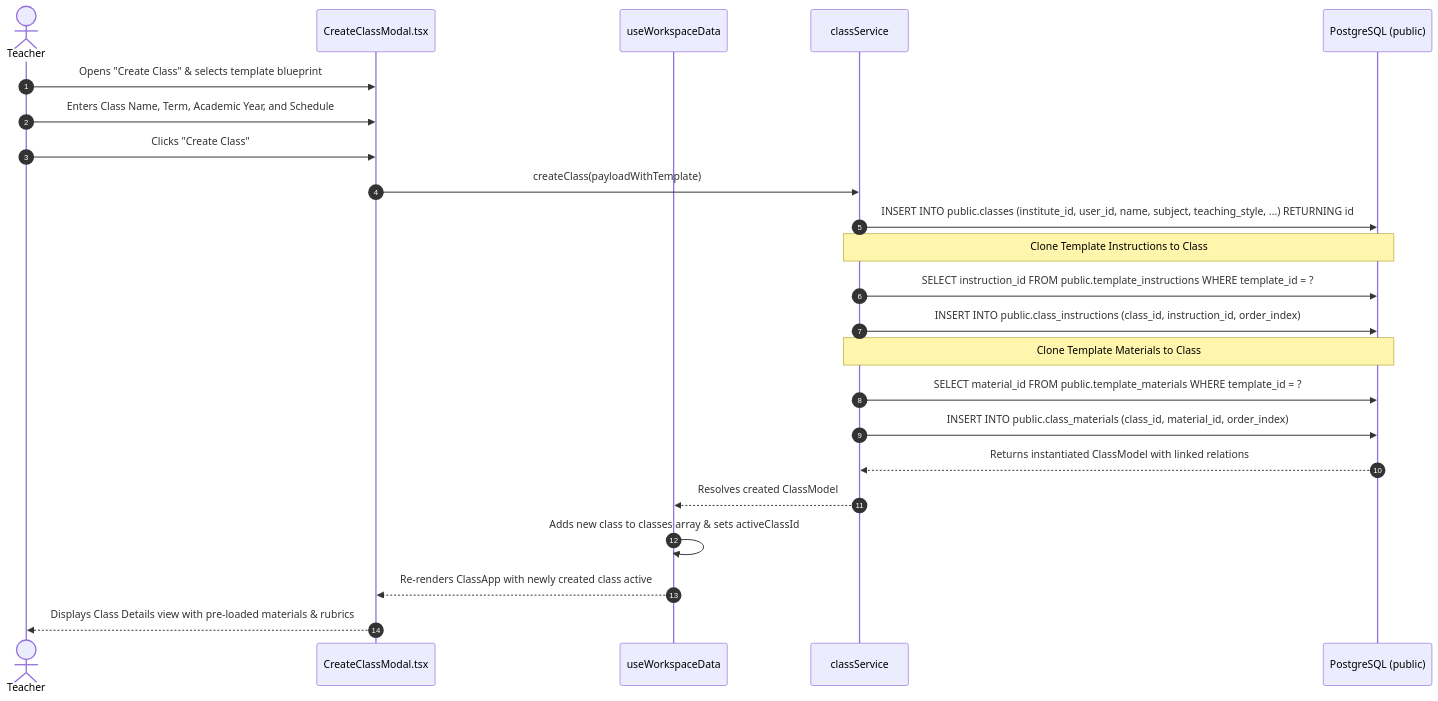
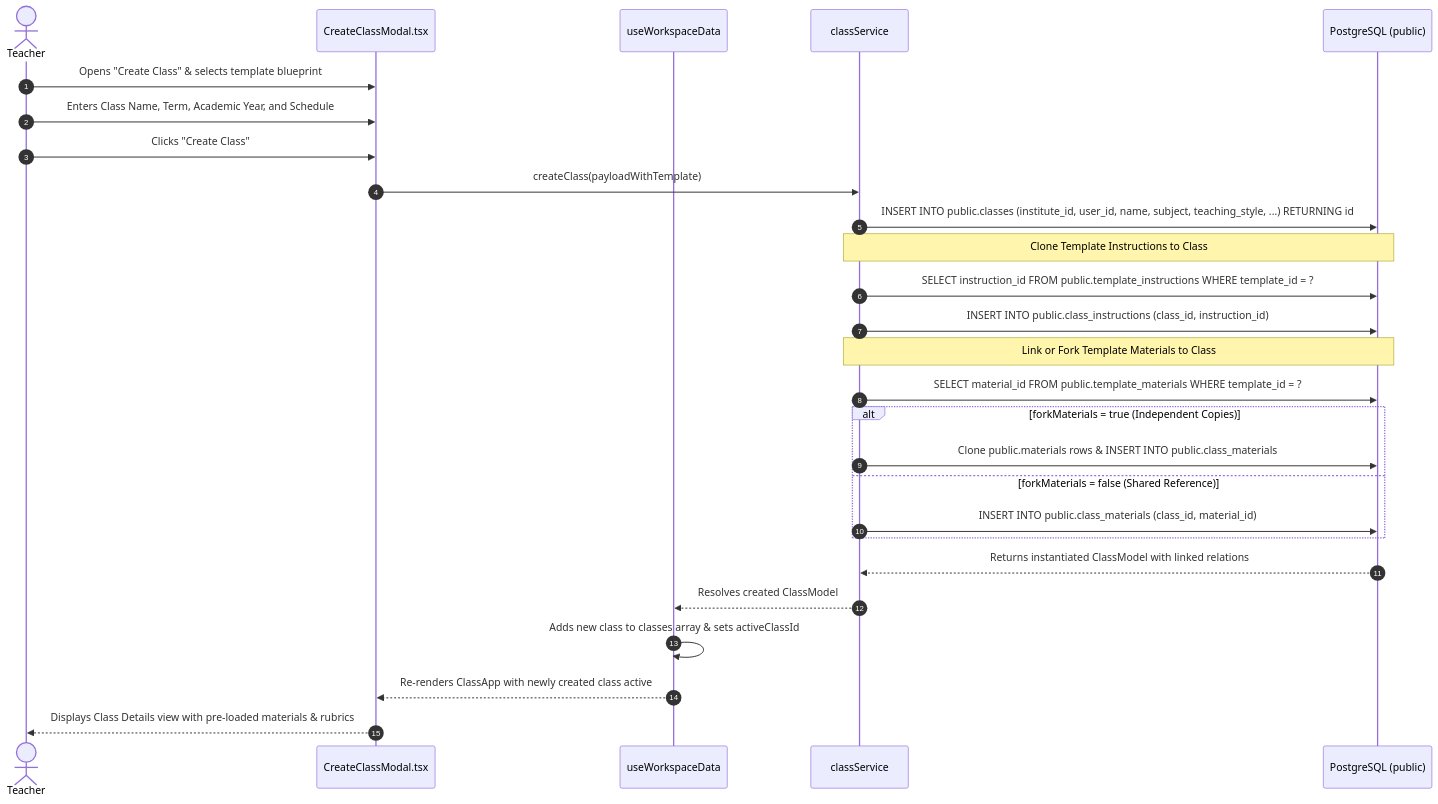
One commit to VictorBravo9er/Teacher-Assistant-Workspace changed the second of 2 diagrams in docs/systems/workflows/template_workflows.md. Above: the diagram before and after it, drawn with Mermaid. The commit also changed other lines of this file and 43 other files, not shown here.

````diff
--- a/docs/systems/workflows/template_workflows.md
+++ b/docs/systems/workflows/template_workflows.md
@@ -67,29 +67,33 @@
 ```mermaid
 sequenceDiagram
     autonumber
     actor Teacher as Teacher
     participant UI as CreateClassModal.tsx
     participant Hook as useWorkspaceData
     participant Svc as classService
     participant DB as PostgreSQL (public)
 
     Teacher->>UI: Opens "Create Class" & selects template blueprint
     Teacher->>UI: Enters Class Name, Term, Academic Year, and Schedule
     Teacher->>UI: Clicks "Create Class"
     UI->>Svc: createClass(payloadWithTemplate)
     Svc->>DB: INSERT INTO public.classes (institute_id, user_id, name, subject, teaching_style, ...) RETURNING id
     
     Note over Svc,DB: Clone Template Instructions to Class
     Svc->>DB: SELECT instruction_id FROM public.template_instructions WHERE template_id = ?
-    Svc->>DB: INSERT INTO public.class_instructions (class_id, instruction_id, order_index)
+    Svc->>DB: INSERT INTO public.class_instructions (class_id, instruction_id)
     
-    Note over Svc,DB: Clone Template Materials to Class
+    Note over Svc,DB: Link or Fork Template Materials to Class
     Svc->>DB: SELECT material_id FROM public.template_materials WHERE template_id = ?
-    Svc->>DB: INSERT INTO public.class_materials (class_id, material_id, order_index)
+    alt forkMaterials = true (Independent Copies)
+        Svc->>DB: Clone public.materials rows & INSERT INTO public.class_materials
+    else forkMaterials = false (Shared Reference)
+        Svc->>DB: INSERT INTO public.class_materials (class_id, material_id)
+    end
 
     DB-->>Svc: Returns instantiated ClassModel with linked relations
     Svc-->>Hook: Resolves created ClassModel
     Hook->>Hook: Adds new class to classes array & sets activeClassId
     Hook-->>UI: Re-renders ClassApp with newly created class active
     UI-->>Teacher: Displays Class Details view with pre-loaded materials & rubrics
 ```
````
